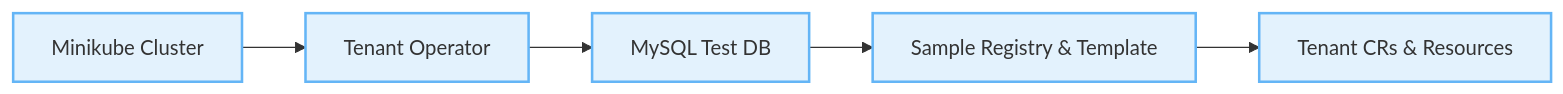
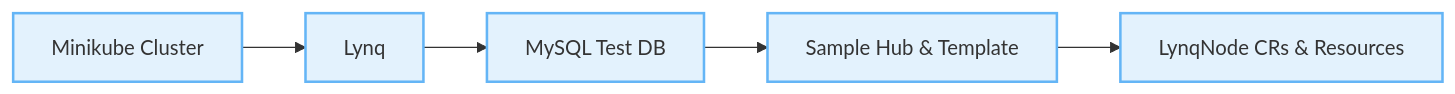
Before and after one commit to kubernetes-tenants/tenant-operator: the diagram in docs/quickstart.md, drawn with Mermaid. The commit also changed other lines of this file and 203 other files, not shown here.

First line of the commit message:
feat!: Complete terminology migration from tenant-operator to Lynq

````diff
--- a/docs/quickstart.md
+++ b/docs/quickstart.md
@@ -16,13 +20,13 @@
 ```mermaid
 flowchart LR
     Cluster["Minikube Cluster"]
-    Operator["Tenant Operator"]
+    Operator["Lynq"]
     Database["MySQL Test DB"]
-    Templates["Sample Registry & Template"]
-    Tenants["Tenant CRs & Resources"]
+    Templates["Sample Hub & Template"]
+    Nodes["LynqNode CRs & Resources"]
 
-    Cluster --> Operator --> Database --> Templates --> Tenants
+    Cluster --> Operator --> Database --> Templates --> Nodes
 
     classDef stage fill:#e3f2fd,stroke:#64b5f6,stroke-width:2px;
-    class Cluster,Operator,Database,Templates,Tenants stage;
+    class Cluster,Operator,Database,Templates,Nodes stage;
 ```
````
